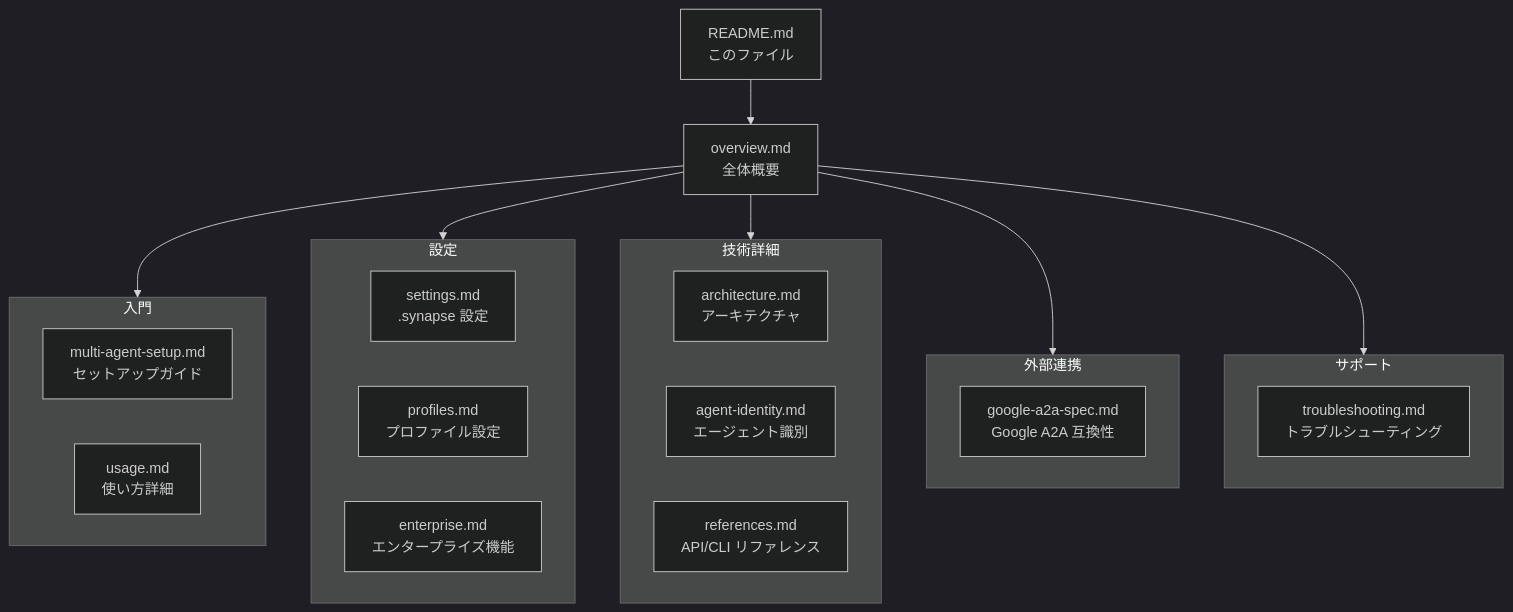
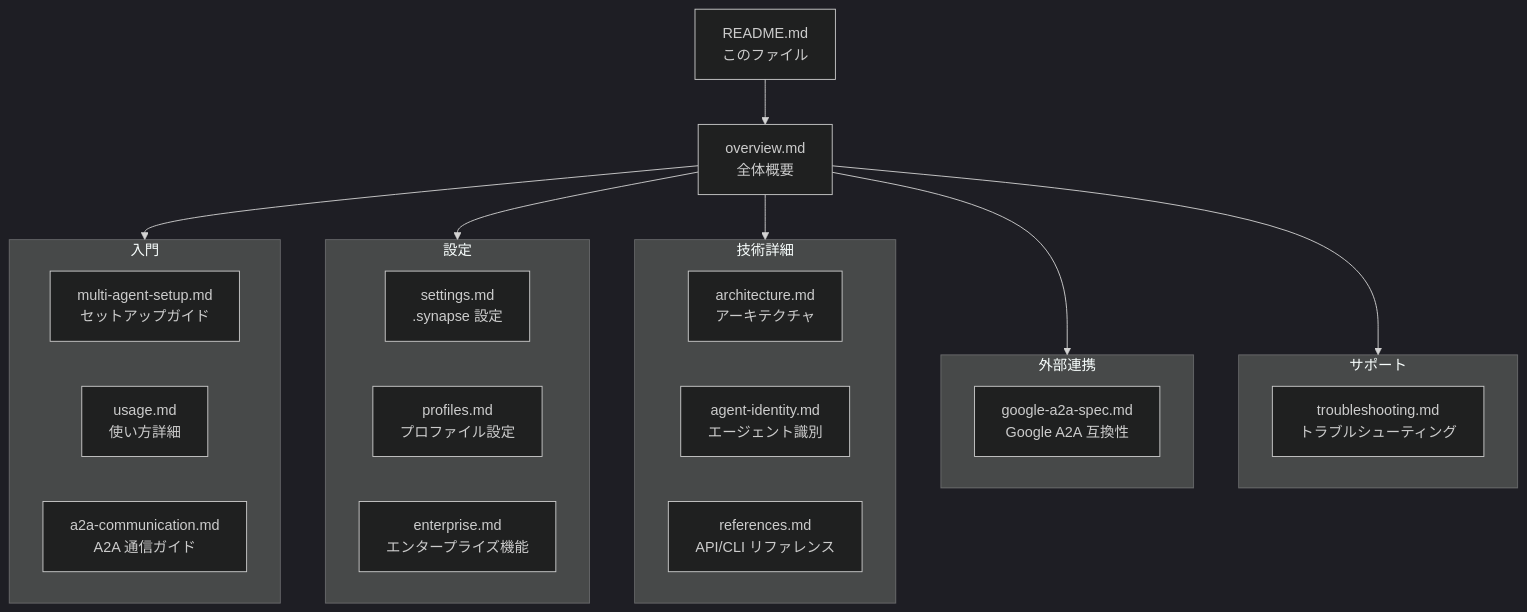
The diagram in guides/README.md (s-hiraoku/synapse-a2a), drawn with Mermaid (dark theme) before and after one commit. The commit also changed other lines of this file and 10 other files, not shown here.

````diff
--- a/guides/README.md
+++ b/guides/README.md
@@ -26,37 +26,38 @@
 ```mermaid
 flowchart TD
     README["README.md<br/>このファイル"]
     Overview["overview.md<br/>全体概要"]
 
     subgraph Getting_Started["入門"]
         Setup["multi-agent-setup.md<br/>セットアップガイド"]
         Usage["usage.md<br/>使い方詳細"]
+        A2AComm["a2a-communication.md<br/>A2A 通信ガイド"]
     end
 
     subgraph Configuration["設定"]
         Settings["settings.md<br/>.synapse 設定"]
         Profiles["profiles.md<br/>プロファイル設定"]
         Enterprise["enterprise.md<br/>エンタープライズ機能"]
     end
 
     subgraph Technical["技術詳細"]
         Arch["architecture.md<br/>アーキテクチャ"]
         Identity["agent-identity.md<br/>エージェント識別"]
         Refs["references.md<br/>API/CLI リファレンス"]
     end
 
     subgraph External["外部連携"]
         Google["google-a2a-spec.md<br/>Google A2A 互換性"]
     end
 
     subgraph Support["サポート"]
         Trouble["troubleshooting.md<br/>トラブルシューティング"]
     end
 
     README --> Overview
     Overview --> Getting_Started
     Overview --> Configuration
     Overview --> Technical
     Overview --> External
     Overview --> Support
 ```
````
